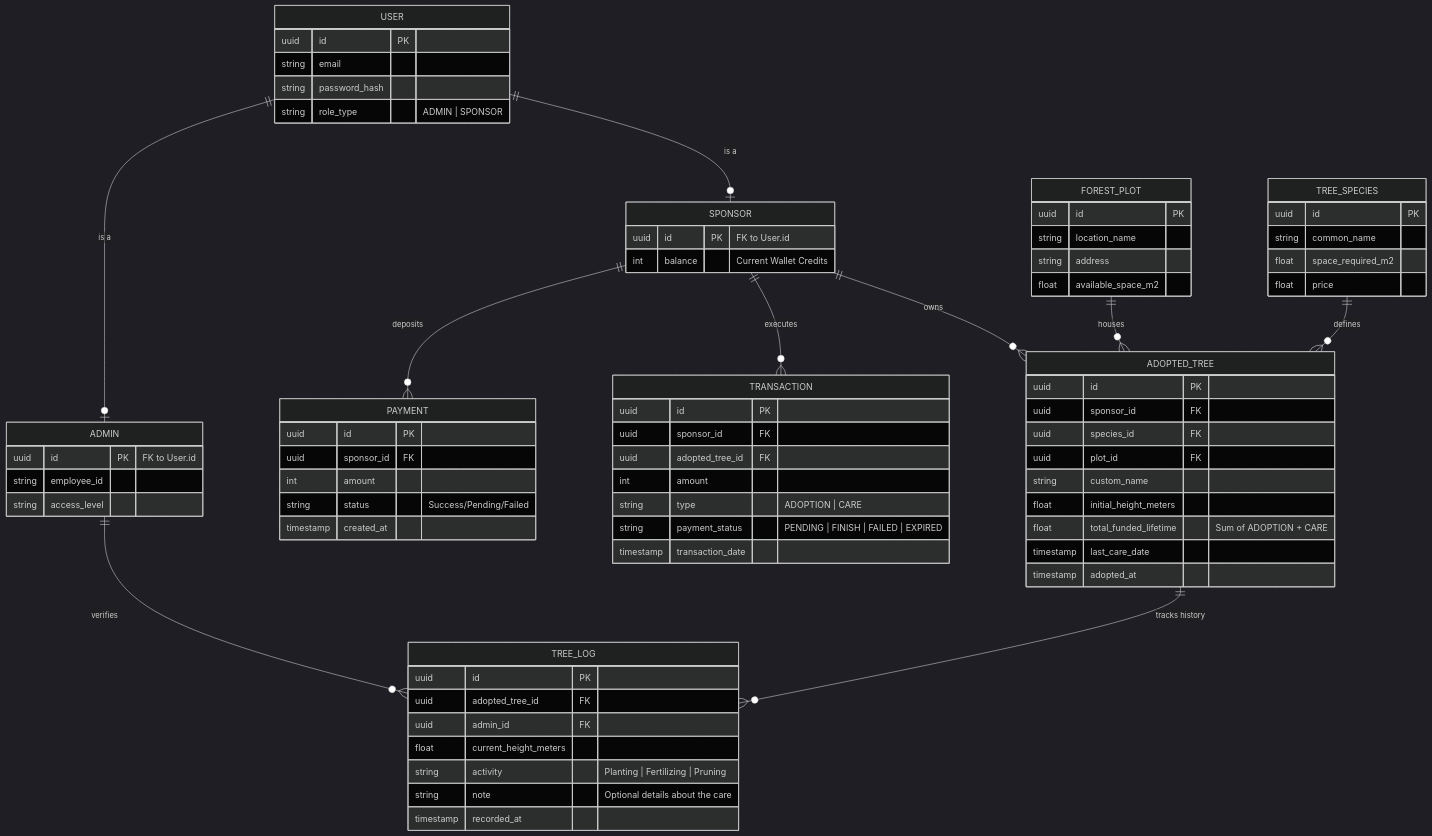
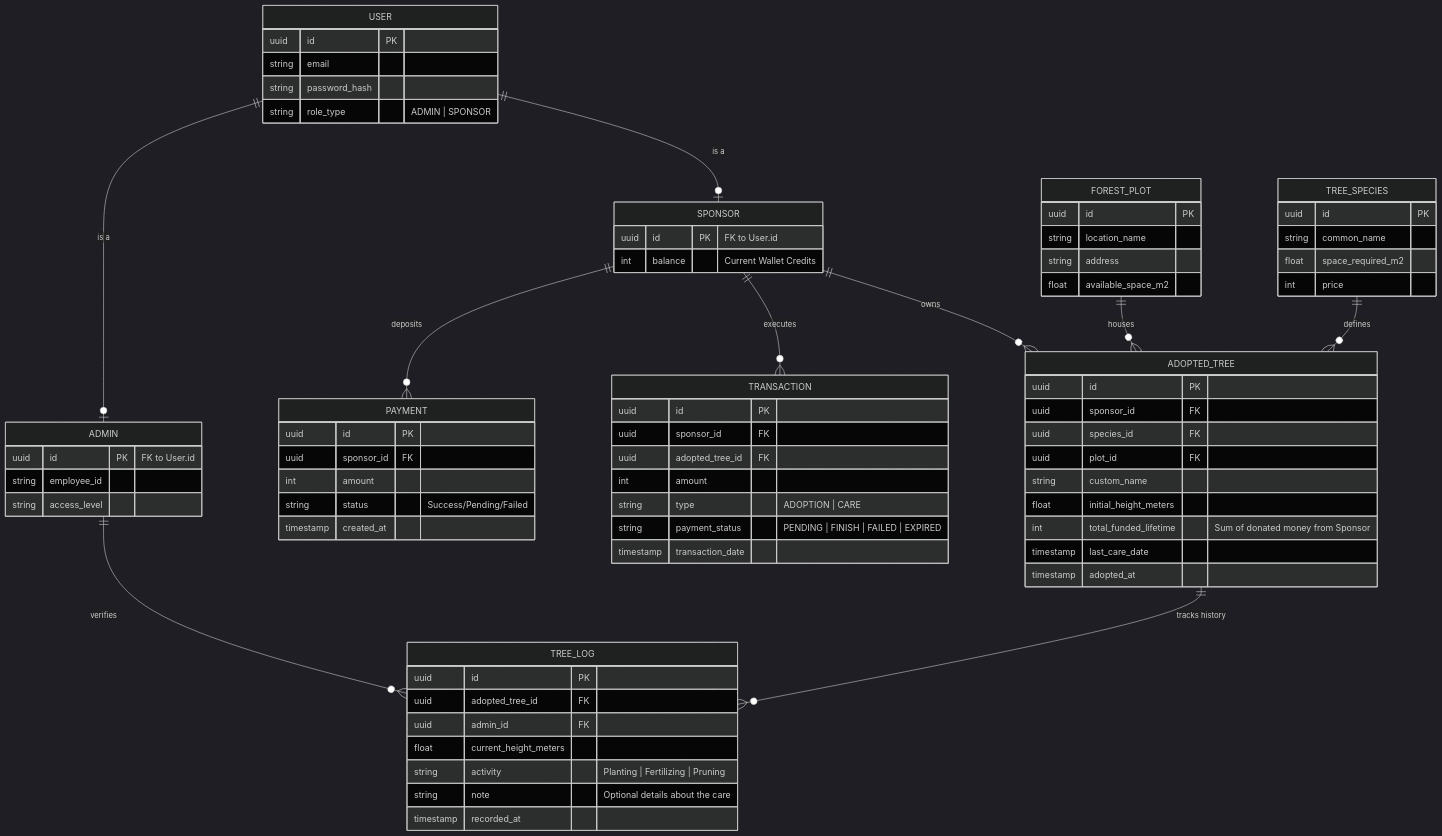
Before and after one commit to EffelShuban/ReForest: the diagram in docs/erd.mmd, drawn with Mermaid (dark theme). The commit also changed 14 other files, not shown here.

```diff
--- a/docs/erd.mmd
+++ b/docs/erd.mmd
@@ -1,85 +1,85 @@
 erDiagram
     USER ||--o| ADMIN : "is a"
     USER ||--o| SPONSOR : "is a"
 
     SPONSOR ||--o{ PAYMENT : "deposits"
     SPONSOR ||--o{ TRANSACTION : "executes"
 
     SPONSOR ||--o{ ADOPTED_TREE : "owns"
     FOREST_PLOT ||--o{ ADOPTED_TREE : "houses"
     TREE_SPECIES ||--o{ ADOPTED_TREE : "defines"
 
     ADMIN ||--o{ TREE_LOG : "verifies"
     ADOPTED_TREE ||--o{ TREE_LOG : "tracks history"
 
     USER {
         uuid id PK
         string email
         string password_hash
         string role_type "ADMIN | SPONSOR"
     }
 
     ADMIN {
         uuid id PK "FK to User.id"
         string employee_id
         string access_level
     }
 
     SPONSOR {
         uuid id PK "FK to User.id"
         int balance "Current Wallet Credits"
     }
 
     PAYMENT {
         uuid id PK
         uuid sponsor_id FK
         int amount
         string status "Success/Pending/Failed"
         timestamp created_at
     }
 
     TRANSACTION {
         uuid id PK
         uuid sponsor_id FK
         uuid adopted_tree_id FK
         int amount
         string type "ADOPTION | CARE"
         string payment_status "PENDING | FINISH | FAILED | EXPIRED"
         timestamp transaction_date
     }
 
     FOREST_PLOT {
         uuid id PK
         string location_name
         string address
         float available_space_m2
     }
 
     TREE_SPECIES {
         uuid id PK
         string common_name
         float space_required_m2
-        float price
+        int price
     }
 
     ADOPTED_TREE {
         uuid id PK
         uuid sponsor_id FK
         uuid species_id FK
         uuid plot_id FK
         string custom_name
         float initial_height_meters
-        float total_funded_lifetime "Sum of ADOPTION + CARE"
+        int total_funded_lifetime "Sum of donated money from Sponsor"
         timestamp last_care_date
         timestamp adopted_at
     }
 
     TREE_LOG {
         uuid id PK
         uuid adopted_tree_id FK
         uuid admin_id FK
         float current_height_meters
         string activity "Planting | Fertilizing | Pruning"
         string note "Optional details about the care"
         timestamp recorded_at
     }
```
